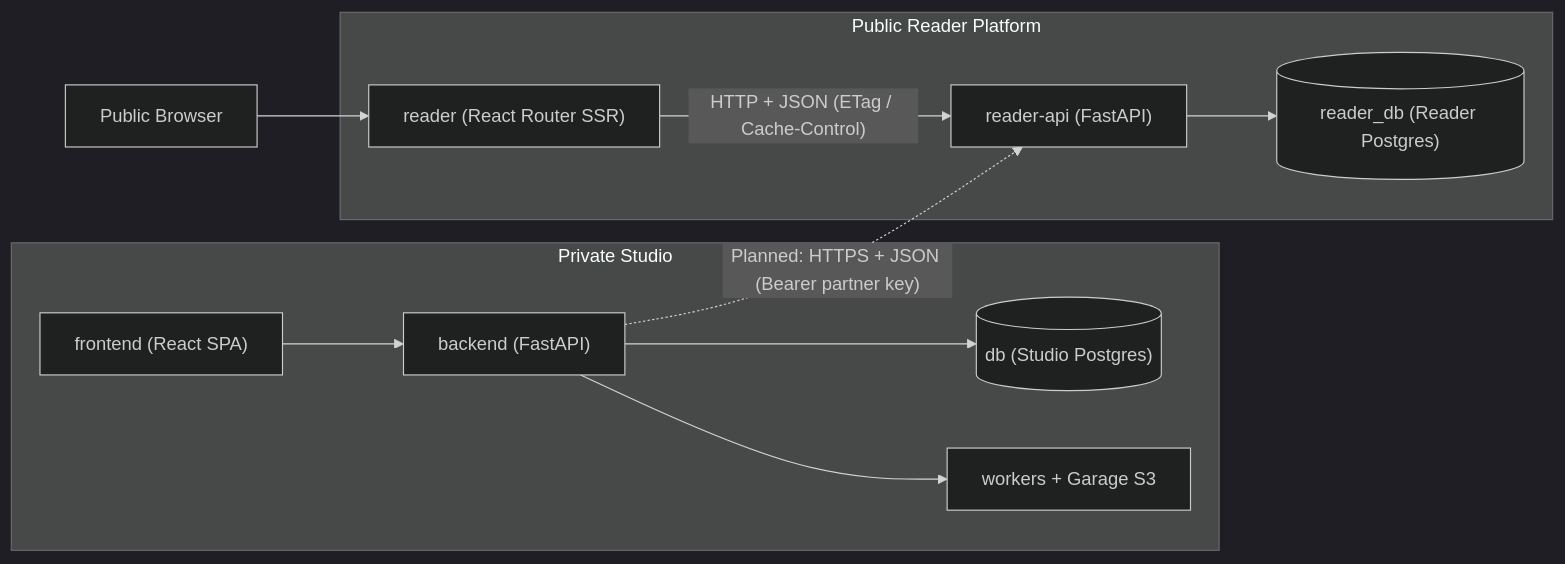
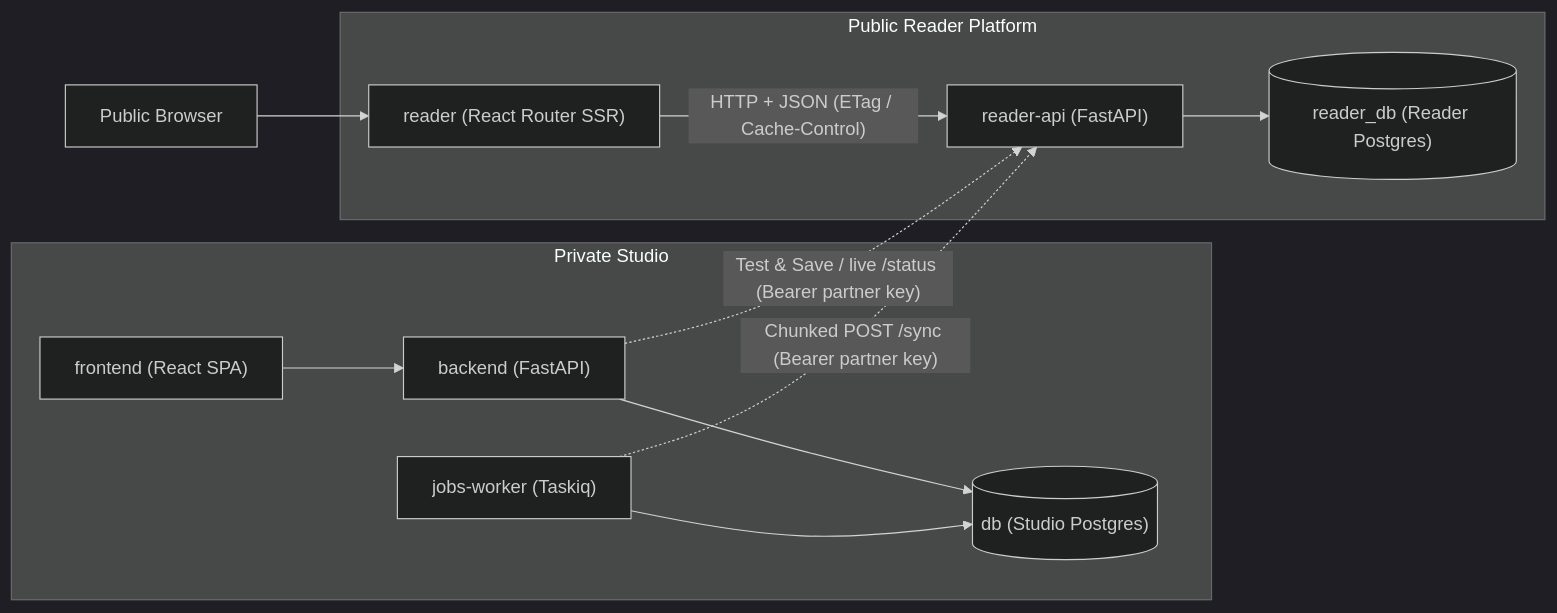
Before and after one commit to lzguan/noveltl: the first of 2 diagrams in .agents/docs/reader-plans.md, drawn with Mermaid (dark theme). The commit also changed other lines of this file, not shown here.

Commit message:
docs: update reader architecture and publishing notes

````diff
--- a/.agents/docs/reader-plans.md
+++ b/.agents/docs/reader-plans.md
@@ -12,23 +12,24 @@
 ```mermaid
 flowchart LR
     subgraph Studio["Private Studio"]
         FE["frontend (React SPA)"]
         BE["backend (FastAPI)"]
+        JW["jobs-worker (Taskiq)"]
         SDB[("db (Studio Postgres)")]
-        WORKERS["workers + Garage S3"]
         FE --> BE
         BE --> SDB
-        BE --> WORKERS
+        JW --> SDB
     end
 
     subgraph Public["Public Reader Platform"]
         RAPI["reader-api (FastAPI)"]
         RDB[("reader_db (Reader Postgres)")]
         RSSR["reader (React Router SSR)"]
         RAPI --> RDB
         RSSR -->|"HTTP + JSON (ETag / Cache-Control)"| RAPI
     end
 
-    BE -.->|"Planned: HTTPS + JSON (Bearer partner key)"| RAPI
+    BE -.->|"Test & Save / live /status (Bearer partner key)"| RAPI
+    JW -.->|"Chunked POST /sync (Bearer partner key)"| RAPI
     BROWSER["Public Browser"] --> RSSR
 ```
````
